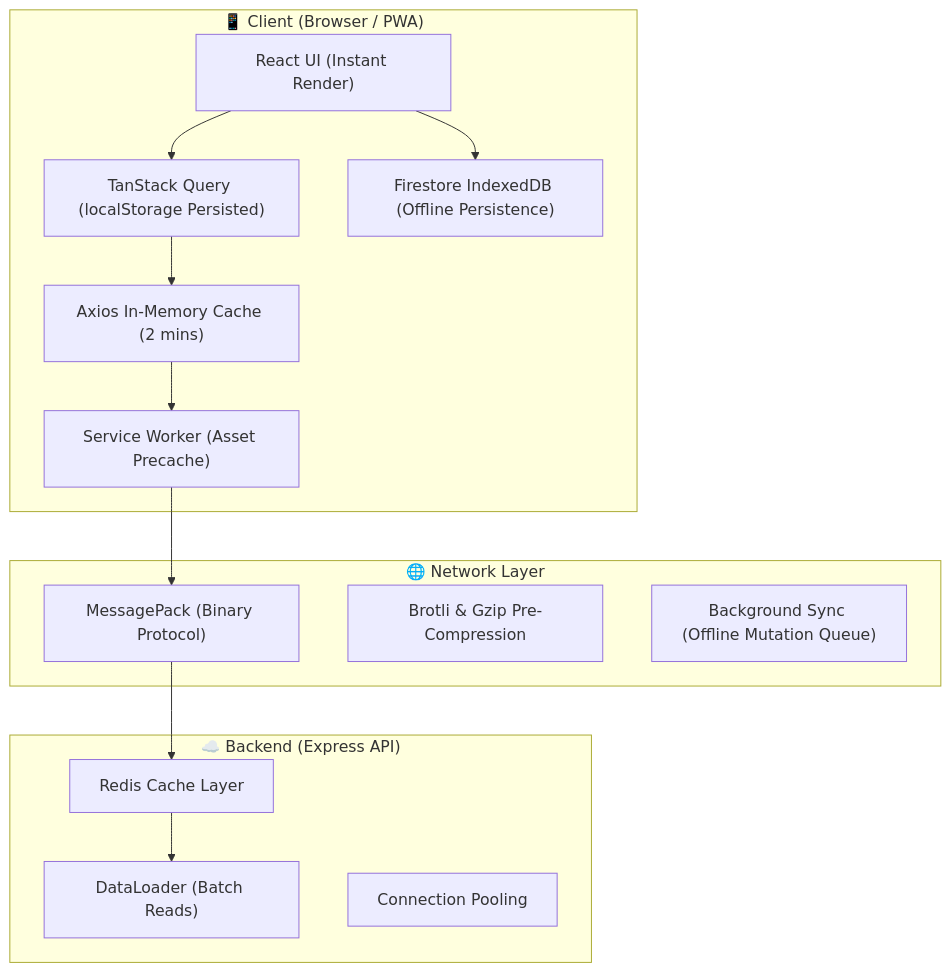
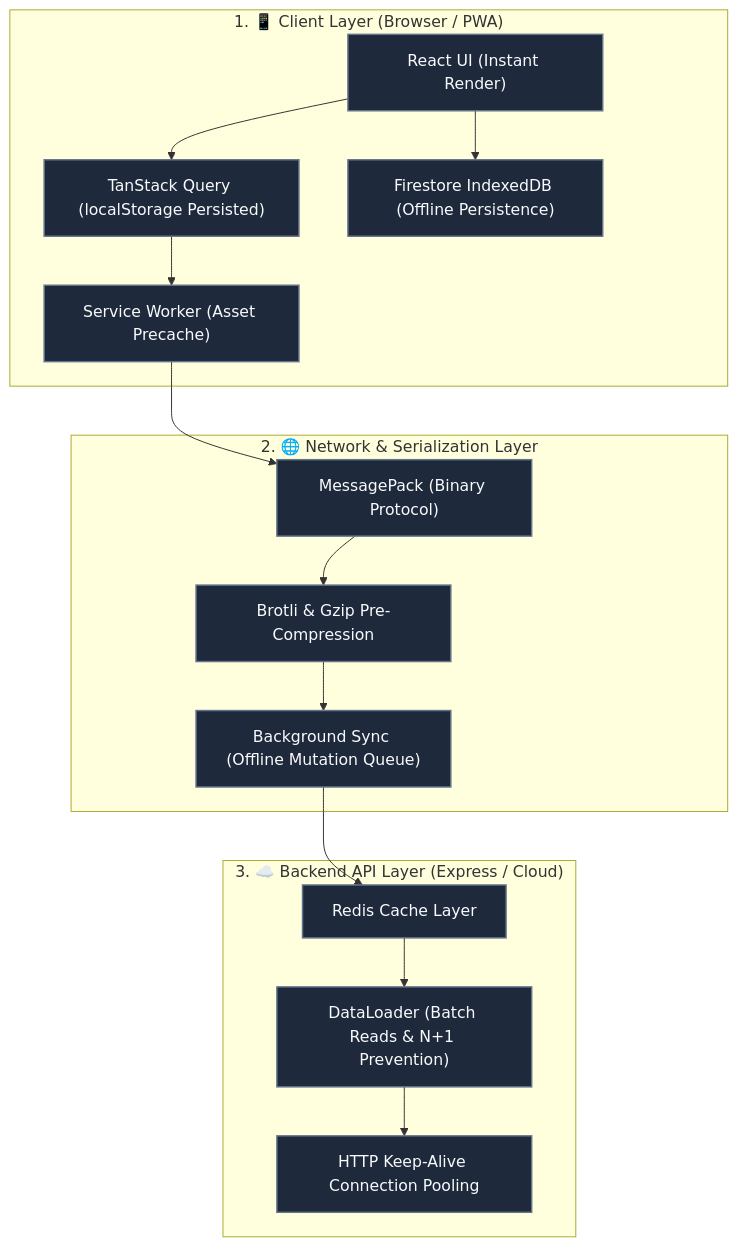
Before and after one commit to ScriptureHabit/scripture-habit: the diagram in docs/network-performance-optimization.md, drawn with Mermaid. The commit also changed 9 other files, not shown here.

Commit message:
docs: optimize all wide Mermaid diagrams into readable vertical stacked layouts

````diff
--- a/docs/network-performance-optimization.md
+++ b/docs/network-performance-optimization.md
@@ -11,30 +11,38 @@
 ```mermaid
 flowchart TD
-    subgraph Client["📱 Client (Browser / PWA)"]
-        UI["React UI (Instant Render)"]
-        TQuery["TanStack Query (localStorage Persisted)"]
-        AxiosCache["Axios In-Memory Cache (2 mins)"]
-        SW["Service Worker (Asset Precache)"]
-        IndexedDB["Firestore IndexedDB (Offline Persistence)"]
+    classDef nodeStyle fill:#1e293b,stroke:#64748b,stroke-width:1.5px,color:#f8fafc;
+
+    subgraph Client["1. 📱 Client Layer (Browser / PWA)"]
+        UI["React UI (Instant Render)"]:::nodeStyle
+        TQuery["TanStack Query (localStorage Persisted)"]:::nodeStyle
+        IndexedDB["Firestore IndexedDB (Offline Persistence)"]:::nodeStyle
+        SW["Service Worker (Asset Precache)"]:::nodeStyle
+
+        UI --> TQuery
+        UI --> IndexedDB
+        TQuery --> SW
     end
 
-    subgraph Network["🌐 Network Layer"]
-        MsgPack["MessagePack (Binary Protocol)"]
-        Brotli["Brotli & Gzip Pre-Compression"]
-        BgSync["Background Sync (Offline Mutation Queue)"]
+    subgraph Network["2. 🌐 Network & Serialization Layer"]
+        MsgPack["MessagePack (Binary Protocol)"]:::nodeStyle
+        Brotli["Brotli & Gzip Pre-Compression"]:::nodeStyle
+        BgSync["Background Sync (Offline Mutation Queue)"]:::nodeStyle
+
+        SW --> MsgPack
+        MsgPack --> Brotli
+        Brotli --> BgSync
     end
 
-    subgraph Server["☁️ Backend (Express API)"]
-        RedisCache["Redis Cache Layer"]
-        DataLoader["DataLoader (Batch Reads)"]
-        KeepAlive["Connection Pooling"]
+    subgraph Server["3. ☁️ Backend API Layer (Express / Cloud)"]
+        RedisCache["Redis Cache Layer"]:::nodeStyle
+        DataLoader["DataLoader (Batch Reads & N+1 Prevention)"]:::nodeStyle
+        KeepAlive["HTTP Keep-Alive Connection Pooling"]:::nodeStyle
+
+        BgSync --> RedisCache
+        RedisCache --> DataLoader
+        DataLoader --> KeepAlive
     end
 
-    UI --> TQuery
-    TQuery --> AxiosCache
-    AxiosCache --> SW
-    UI --> IndexedDB
-    SW --> MsgPack
-    MsgPack --> RedisCache
-    RedisCache --> DataLoader
+    Client ~~~ Network
+    Network ~~~ Server
 ```
````
